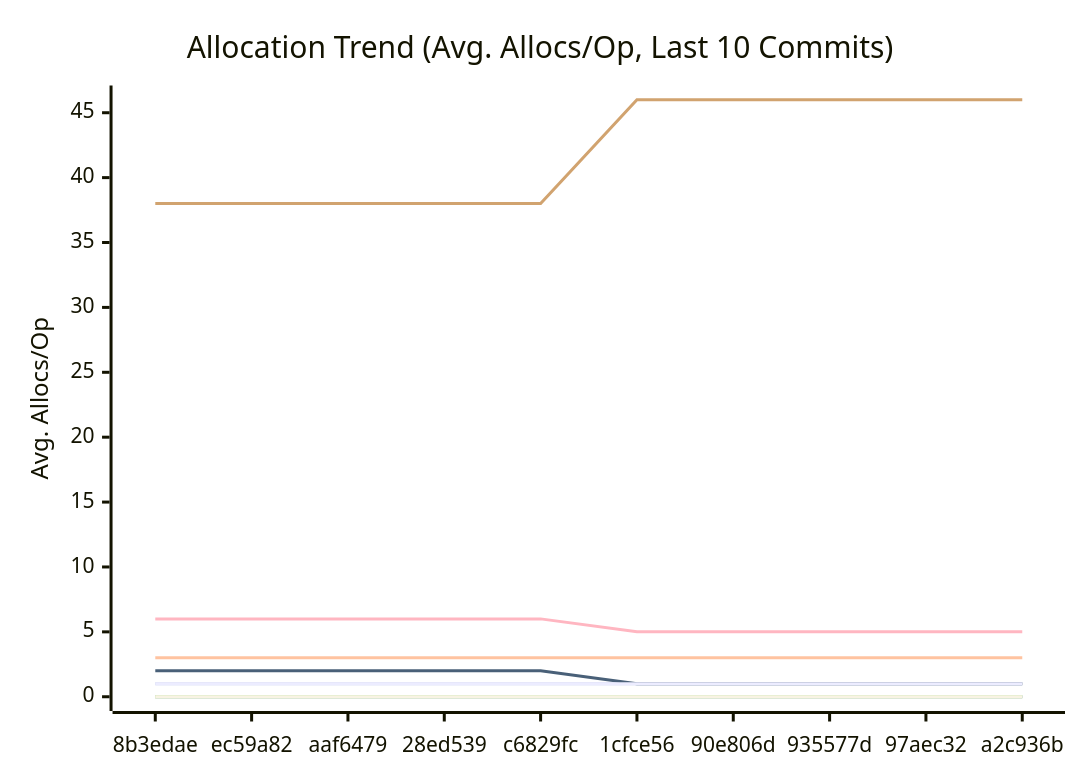
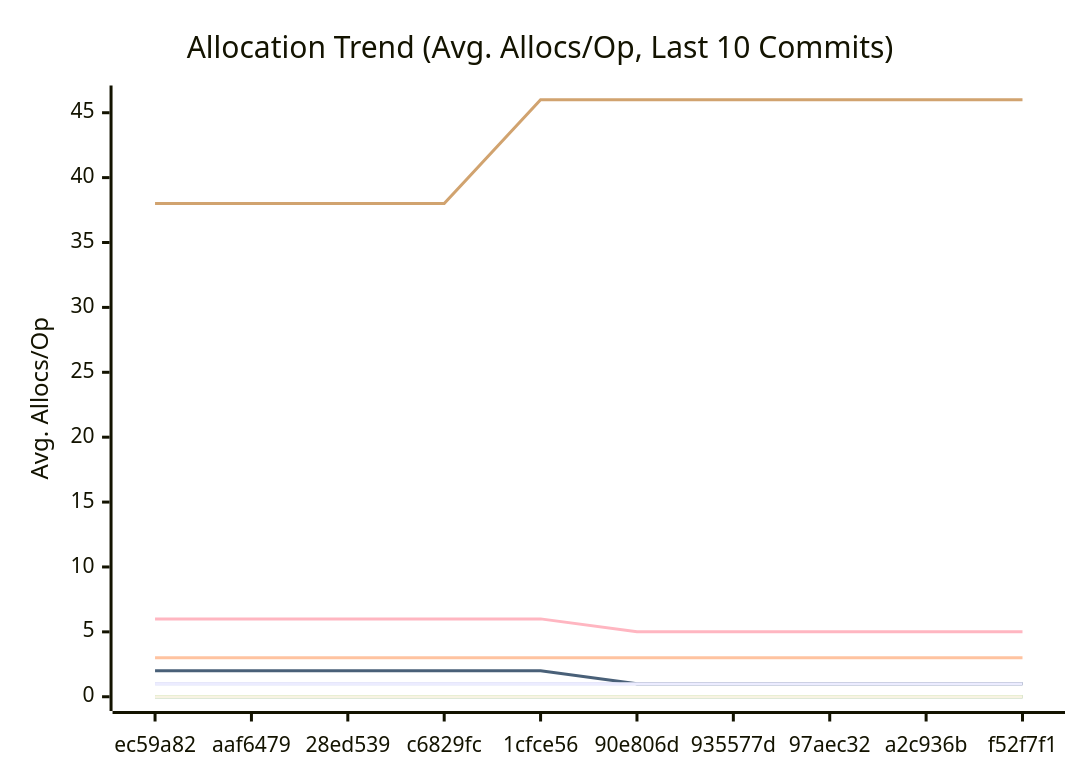
The third of 3 diagrams in docs/PERFORMANCE.md (alsotoes/momo), drawn with Mermaid before and after one commit. The commit also changed other lines of this file and 3 other files, not shown here.

````diff
--- a/docs/PERFORMANCE.md
+++ b/docs/PERFORMANCE.md
@@ -176,18 +176,18 @@
 ```mermaid
 xychart-beta
     title "Allocation Trend (Avg. Allocs/Op, Last 10 Commits)"
     x-axis "Commit"
     y-axis "Avg. Allocs/Op"
-    x-axis [8b3edae,ec59a82,aaf6479,28ed539,c6829fc,1cfce56,90e806d,935577d,97aec32,a2c936b]
+    x-axis [ec59a82,aaf6479,28ed539,c6829fc,1cfce56,90e806d,935577d,97aec32,a2c936b,f52f7f1]
     line "CheckMetricsAndSwap" [0,0,0,0,0,0,0,0,0,0]
     line "CrushOptimized" [0,0,0,0,0,0,0,0,0,0]
     line "CrushOriginal" [3,3,3,3,3,3,3,3,3,3]
     line "IndexDirectTracking" [0,0,0,0,0,0,0,0,0,0]
     line "IndexSearch" [0,0,0,0,0,0,0,0,0,0]
-    line "LoadGlobalConfig" [38,38,38,38,38,46,46,46,46,46]
+    line "LoadGlobalConfig" [38,38,38,38,46,46,46,46,46,46]
     line "PadString" [1,1,1,1,1,1,1,1,1,1]
     line "ParseReplicationOrder_NoPrealloc" [6,6,6,6,6,5,5,5,5,5]
     line "ParseReplicationOrder_Prealloc" [2,2,2,2,2,1,1,1,1,1]
     line "SanitizeLog/Safe" [0,0,0,0,0,0,0,0,0,0]
     line "SanitizeLog/Unsafe" [1,1,1,1,1,1,1,1,1,1]
 ```
````
